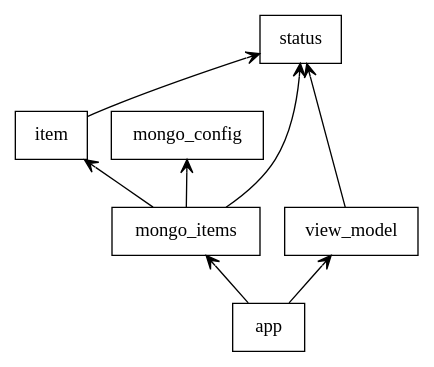
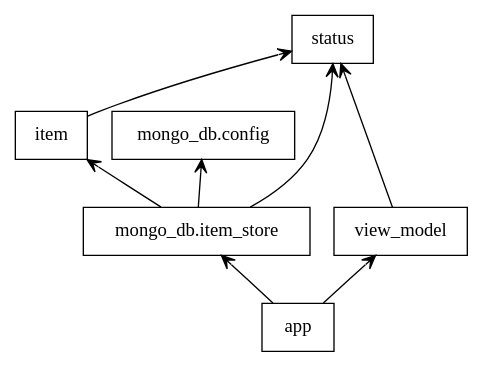
The diagram in docs/packages_ToDoApp.dot (pcoulso1/DevOps-Course-Starter), drawn with Graphviz before and after one commit. The commit also changed 11 other files, not shown here.

```diff
--- a/docs/packages_ToDoApp.dot
+++ b/docs/packages_ToDoApp.dot
@@ -1,17 +1,17 @@
 digraph "packages_ToDoApp" {
 charset="utf-8"
 rankdir=BT
 "0" [label="app", shape="box"];
 "1" [label="item", shape="box"];
-"2" [label="mongo_config", shape="box"];
-"3" [label="mongo_items", shape="box"];
+"2" [label="mongo_db.config", shape="box"];
+"3" [label="mongo_db.item_store", shape="box"];
 "4" [label="status", shape="box"];
 "5" [label="view_model", shape="box"];
 "0" -> "3" [arrowhead="open", arrowtail="none"];
 "0" -> "5" [arrowhead="open", arrowtail="none"];
 "1" -> "4" [arrowhead="open", arrowtail="none"];
 "3" -> "1" [arrowhead="open", arrowtail="none"];
 "3" -> "2" [arrowhead="open", arrowtail="none"];
 "3" -> "4" [arrowhead="open", arrowtail="none"];
 "5" -> "4" [arrowhead="open", arrowtail="none"];
 }
```
